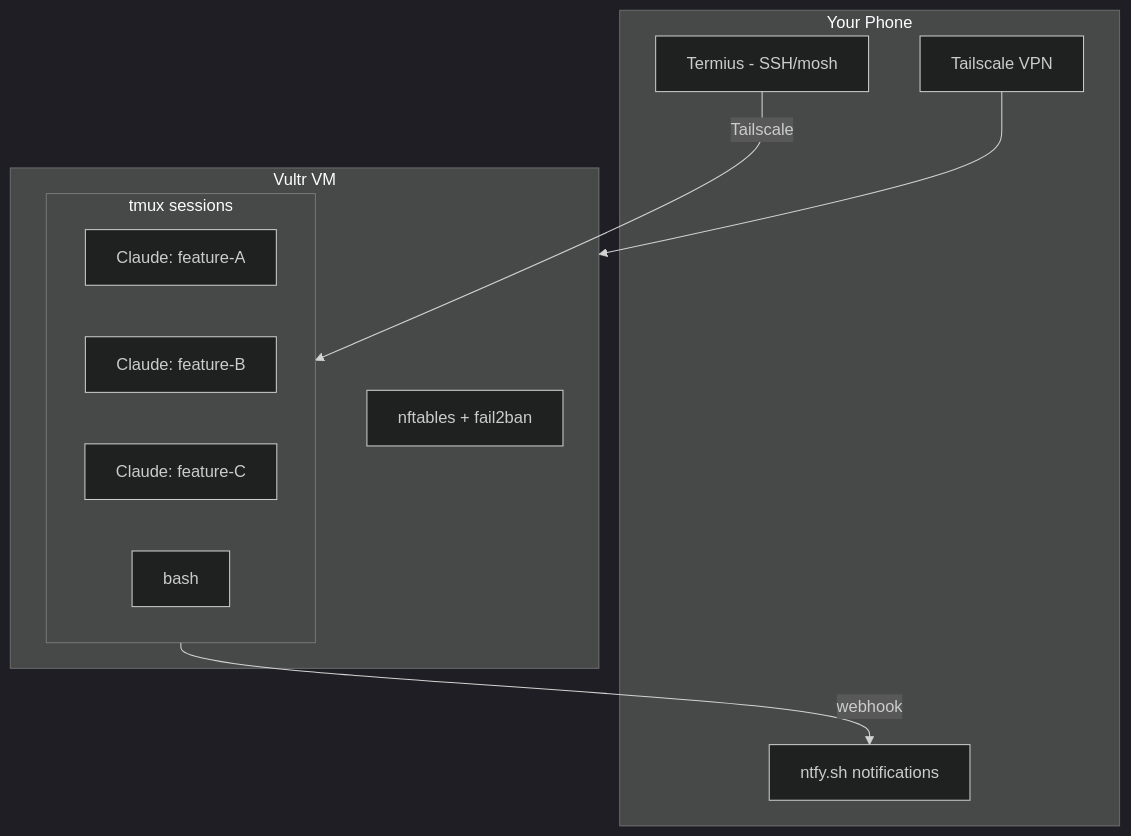
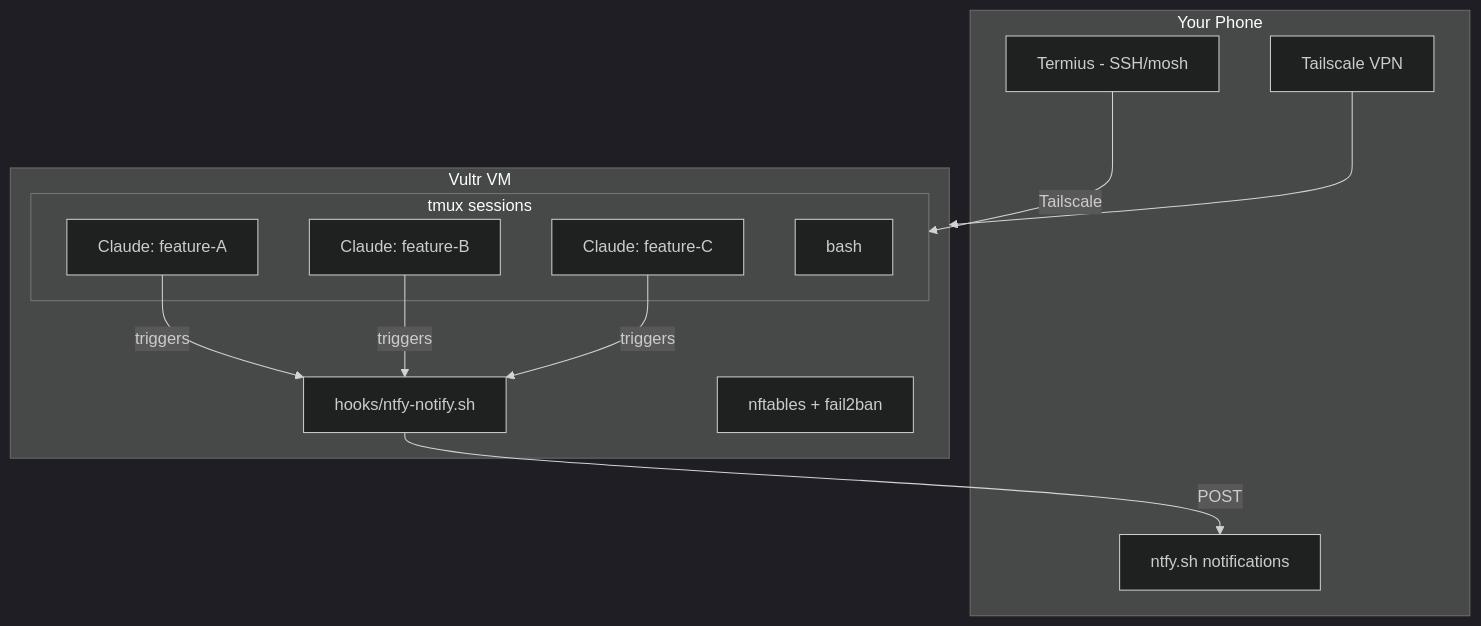
Before and after one commit to victoremnm/claude-code-mobile: the second of 2 diagrams in README.md, drawn with Mermaid (dark theme).

Commit message:
Update architecture diagram to show hooks accurately
- Added hooks/ntfy-notify.sh node to VM subgraph
- Shows Claude instances triggering hooks
- Shows hooks POSTing to ntfy.sh

This better represents how notifications actually flow.

🤖 Generated with [Claude Code](https://claude.com/claude-code)

````diff
--- a/README.md
+++ b/README.md
@@ -160,22 +160,24 @@
 ```mermaid
 flowchart TB
     subgraph Phone[Your Phone]
         Termius[Termius - SSH/mosh]
         TSPhone[Tailscale VPN]
         ntfy[ntfy.sh notifications]
     end
 
     subgraph VM[Vultr VM]
         subgraph tmux[tmux sessions]
             W1[Claude: feature-A]
             W2[Claude: feature-B]
             W3[Claude: feature-C]
             W4[bash]
         end
+        Hooks[hooks/ntfy-notify.sh]
         Security[nftables + fail2ban]
     end
 
     Termius -->|Tailscale| tmux
     TSPhone --> VM
-    tmux -->|webhook| ntfy
+    W1 & W2 & W3 -->|triggers| Hooks
+    Hooks -->|POST| ntfy
 ```
````
